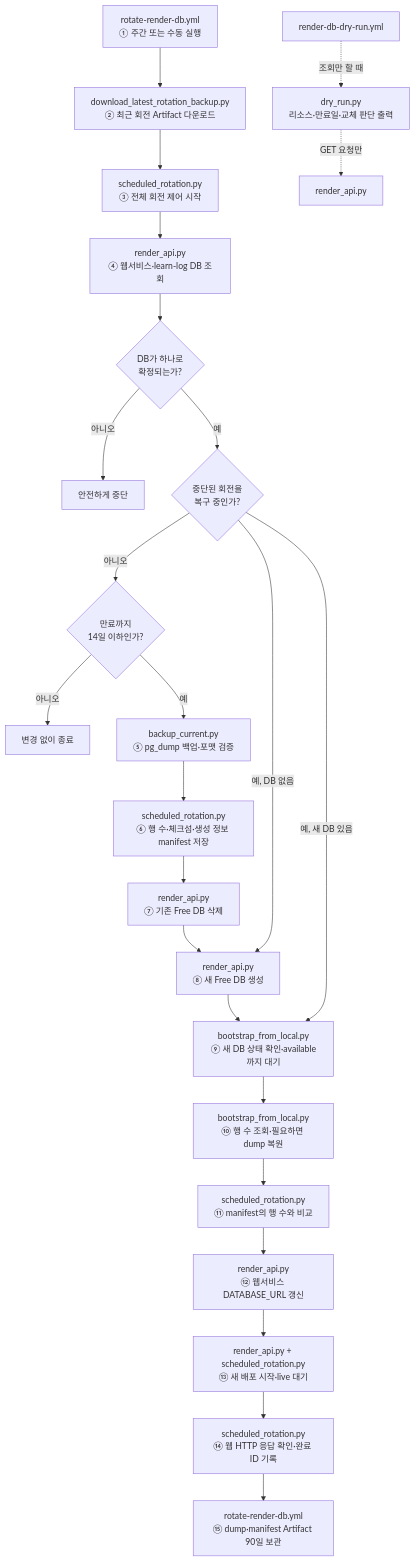
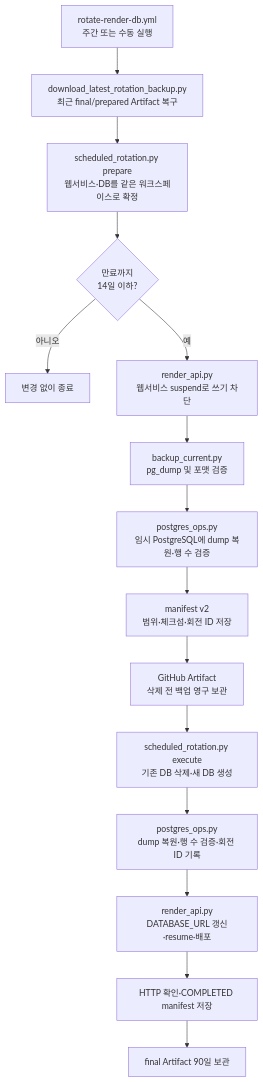
One commit to aengu/learn-log changed the diagram in docs/render-db-rotation.md. Above: the diagram before and after it, drawn with Mermaid. The commit also changed other lines of this file and 10 other files, not shown here.

````diff
--- a/docs/render-db-rotation.md
+++ b/docs/render-db-rotation.md
@@ -26,28 +20,17 @@
 ```mermaid
 flowchart TD
-    A["rotate-render-db.yml<br/>① 주간 또는 수동 실행"]
-    A --> B["download_latest_rotation_backup.py<br/>② 최근 회전 Artifact 다운로드"]
-    B --> C["scheduled_rotation.py<br/>③ 전체 회전 제어 시작"]
-    C --> D["render_api.py<br/>④ 웹서비스·learn-log DB 조회"]
-    D --> E{DB가 하나로<br/>확정되는가?}
-    E -- 아니오 --> X[안전하게 중단]
-    E -- 예 --> F{중단된 회전을<br/>복구 중인가?}
-    F -- 아니오 --> G{만료까지<br/>14일 이하인가?}
-    G -- 아니오 --> Z[변경 없이 종료]
-    G -- 예 --> H["backup_current.py<br/>⑤ pg_dump 백업·포맷 검증"]
-    H --> I["scheduled_rotation.py<br/>⑥ 행 수·체크섬·생성 정보 manifest 저장"]
-    I --> J["render_api.py<br/>⑦ 기존 Free DB 삭제"]
-    J --> K["render_api.py<br/>⑧ 새 Free DB 생성"]
-    F -- 예, DB 없음 --> K
-    F -- 예, 새 DB 있음 --> L
-    K --> L["bootstrap_from_local.py<br/>⑨ 새 DB 상태 확인·available까지 대기"]
-    L --> M["bootstrap_from_local.py<br/>⑩ 행 수 조회·필요하면 dump 복원"]
-    M --> N["scheduled_rotation.py<br/>⑪ manifest의 행 수와 비교"]
-    N --> O["render_api.py<br/>⑫ 웹서비스 DATABASE_URL 갱신"]
-    O --> P["render_api.py + scheduled_rotation.py<br/>⑬ 새 배포 시작·live 대기"]
-    P --> Q["scheduled_rotation.py<br/>⑭ 웹 HTTP 응답 확인·완료 ID 기록"]
-    Q --> R["rotate-render-db.yml<br/>⑮ dump·manifest Artifact 90일 보관"]
-
-    DR["render-db-dry-run.yml"] -. 조회만 할 때 .-> DS["dry_run.py<br/>리소스·만료일·교체 판단 출력"]
-    DS -. GET 요청만 .-> DA["render_api.py"]
+    A["rotate-render-db.yml<br/>주간 또는 수동 실행"] --> B["download_latest_rotation_backup.py<br/>최근 final/prepared Artifact 복구"]
+    B --> C["scheduled_rotation.py prepare<br/>웹서비스·DB를 같은 워크스페이스로 확정"]
+    C --> D{"만료까지<br/>14일 이하?"}
+    D -- 아니오 --> Z["변경 없이 종료"]
+    D -- 예 --> E["render_api.py<br/>웹서비스 suspend로 쓰기 차단"]
+    E --> F["backup_current.py<br/>pg_dump 및 포맷 검증"]
+    F --> G["postgres_ops.py<br/>임시 PostgreSQL에 dump 복원·행 수 검증"]
+    G --> H["manifest v2<br/>범위·체크섬·회전 ID 저장"]
+    H --> I["GitHub Artifact<br/>삭제 전 백업 영구 보관"]
+    I --> J["scheduled_rotation.py execute<br/>기존 DB 삭제·새 DB 생성"]
+    J --> K["postgres_ops.py<br/>dump 복원·행 수 검증·회전 ID 기록"]
+    K --> L["render_api.py<br/>DATABASE_URL 갱신·resume·배포"]
+    L --> M["HTTP 확인·COMPLETED manifest 저장"]
+    M --> N["final Artifact 90일 보관"]
 ```
````
